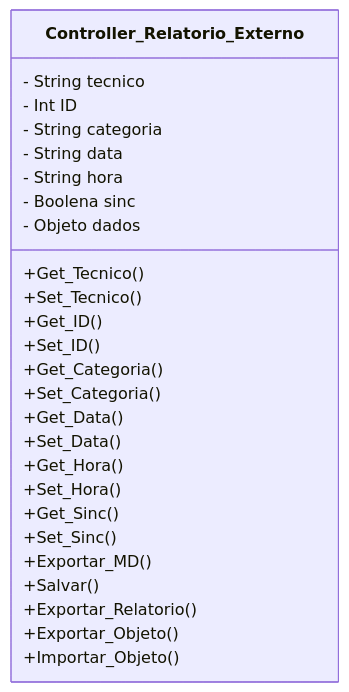
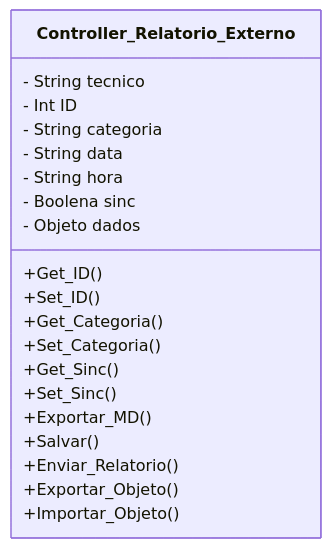
One commit to ETECC-Telecom/ValtObsidian-Script-Moto changed the diagram in DOCUMENTOS/Classe - Relatório Externo.md. Above: the diagram before and after it, drawn with Mermaid. The commit also changed other lines of this file and 1 other file, not shown here.

Commit message:
vault backup: 2026-11-26 16:17:41

````diff
--- a/DOCUMENTOS/Classe - Relatório Externo.md
+++ b/DOCUMENTOS/Classe - Relatório Externo.md
@@ -74,32 +74,26 @@
 ```mermaid
 classDiagram
     class Controller_Relatorio_Externo{
 		- String tecnico
 		- Int ID
 		- String categoria
 		- String data
 		- String hora
 		- Boolena sinc
 		- Objeto dados
       
-		+Get_Tecnico()
-		+Set_Tecnico()
 		+Get_ID()
 		+Set_ID()
 		+Get_Categoria()
 		+Set_Categoria()
-		+Get_Data()
-		+Set_Data()
-		+Get_Hora()
-		+Set_Hora()
 		+Get_Sinc()
 		+Set_Sinc()
 		
 		+Exportar_MD()
 		+Salvar()
-		+Exportar_Relatorio()
+		+Enviar_Relatorio()
 		+Exportar_Objeto()
 		+Importar_Objeto()
 		
     }
 ```
````
